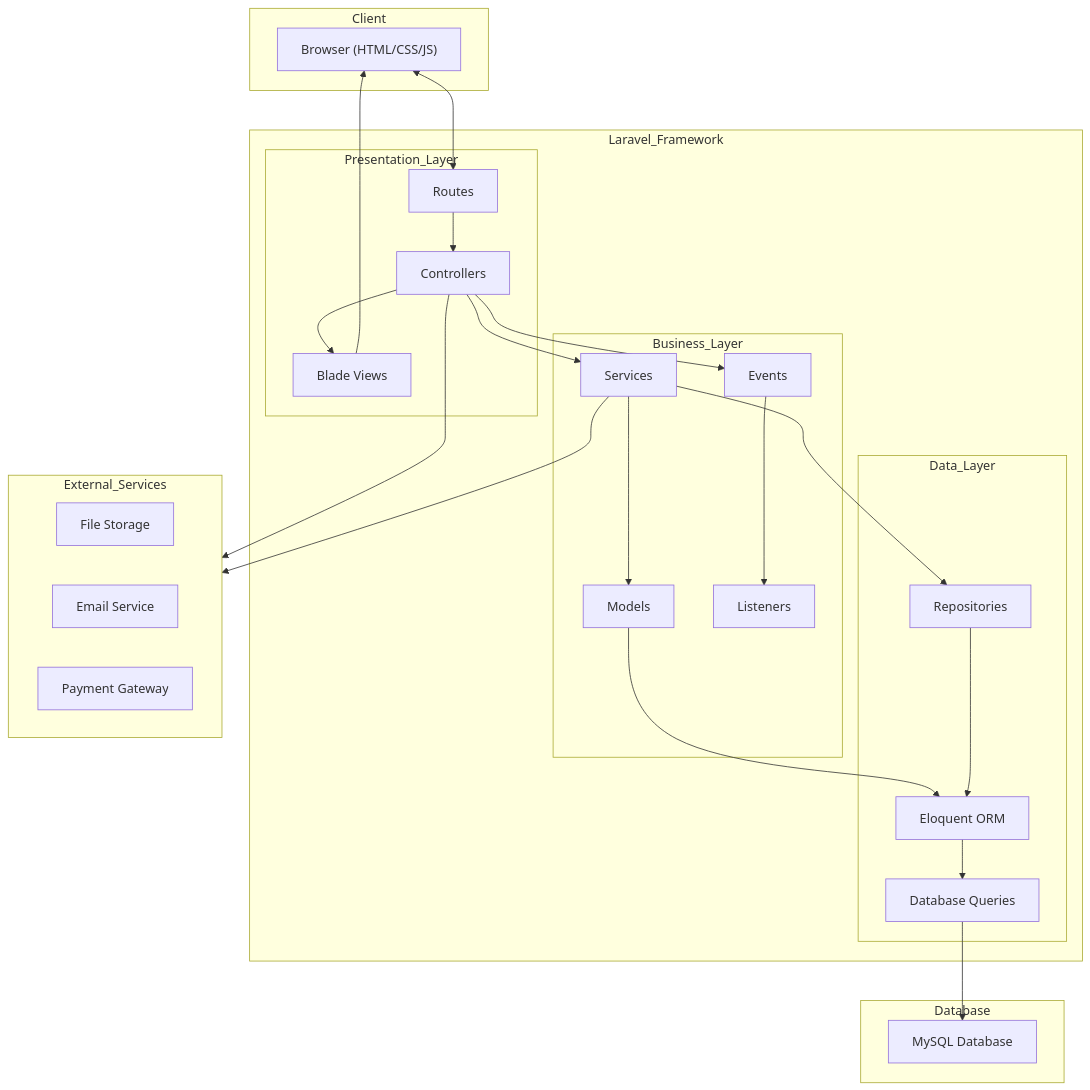
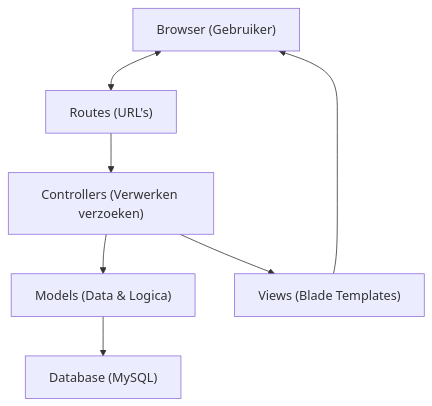
Before and after one commit to bonal58/Leroxexamen: the first of 2 diagrams in documentation/diagrams/architecture_diagram.md, drawn with Mermaid. The commit also changed other lines of this file and 2 other files, not shown here.

Commit message:
Vereenvoudig diagrammen voor betere uitleg

````diff
--- a/documentation/diagrams/architecture_diagram.md
+++ b/documentation/diagrams/architecture_diagram.md
@@ -5,56 +7,9 @@
 ```mermaid
 graph TD
-    subgraph Client
-        Browser["Browser (HTML/CSS/JS)"]
-    end
-    
-    subgraph Laravel_Framework
-        subgraph Presentation_Layer
-            Routes["Routes"]
-            Views["Blade Views"]
-            Controllers["Controllers"]
-        end
-        
-        subgraph Business_Layer
-            Services["Services"]
-            Models["Models"]
-            Events["Events"]
-            Listeners["Listeners"]
-        end
-        
-        subgraph Data_Layer
-            Repositories["Repositories"]
-            Eloquent["Eloquent ORM"]
-            DB["Database Queries"]
-        end
-    end
-    
-    subgraph External_Services
-        Storage["File Storage"]
-        Email["Email Service"]
-        Payment["Payment Gateway"]
-    end
-    
-    subgraph Database
-        MySQL["MySQL Database"]
-    end
-    
-    Browser <--> Routes
-    Routes --> Controllers
-    Controllers --> Services
-    Controllers --> Views
+    Browser["Browser (Gebruiker)"] <--> Routes["Routes (URL's)"] 
+    Routes --> Controllers["Controllers (Verwerken verzoeken)"] 
+    Controllers --> Models["Models (Data & Logica)"] 
+    Models --> Database["Database (MySQL)"] 
+    Controllers --> Views["Views (Blade Templates)"] 
     Views --> Browser
-    
-    Services --> Models
-    Services --> Repositories
-    Models --> Eloquent
-    Repositories --> Eloquent
-    Eloquent --> DB
-    DB --> MySQL
-    
-    Controllers --> Events
-    Events --> Listeners
-    
-    Services --> External_Services
-    Controllers --> External_Services
 ```
````
